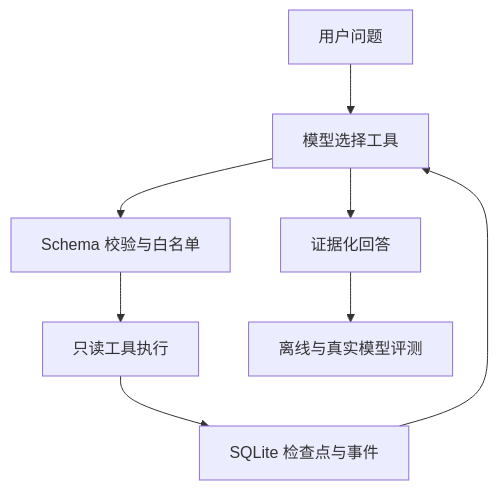
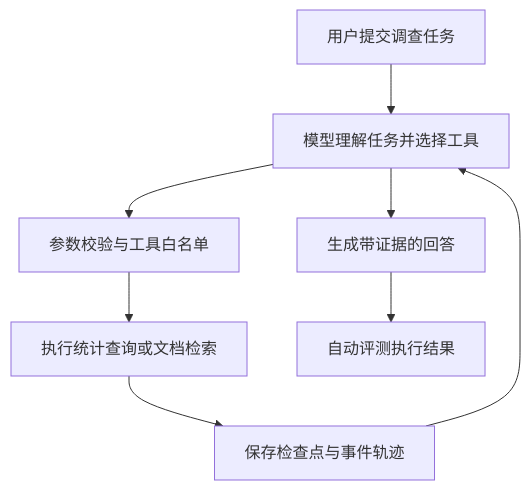
Before and after one commit to Moon-Slytherin/insightops-agent-harness: the diagram in README.md, drawn with Mermaid. The commit also changed other lines of this file, not shown here.

````diff
--- a/README.md
+++ b/README.md
@@ -13,10 +19,10 @@
 ```mermaid
 flowchart TD
-    A[用户问题] --> B[模型选择工具]
-    B --> C[Schema 校验与白名单]
-    C --> D[只读工具执行]
-    D --> E[SQLite 检查点与事件]
+    A[用户提交调查任务] --> B[模型理解任务并选择工具]
+    B --> C[参数校验与工具白名单]
+    C --> D[执行统计查询或文档检索]
+    D --> E[保存检查点与事件轨迹]
     E --> B
-    B --> F[证据化回答]
-    F --> G[离线与真实模型评测]
+    B --> F[生成带证据的回答]
+    F --> G[自动评测执行结果]
 ```
````
